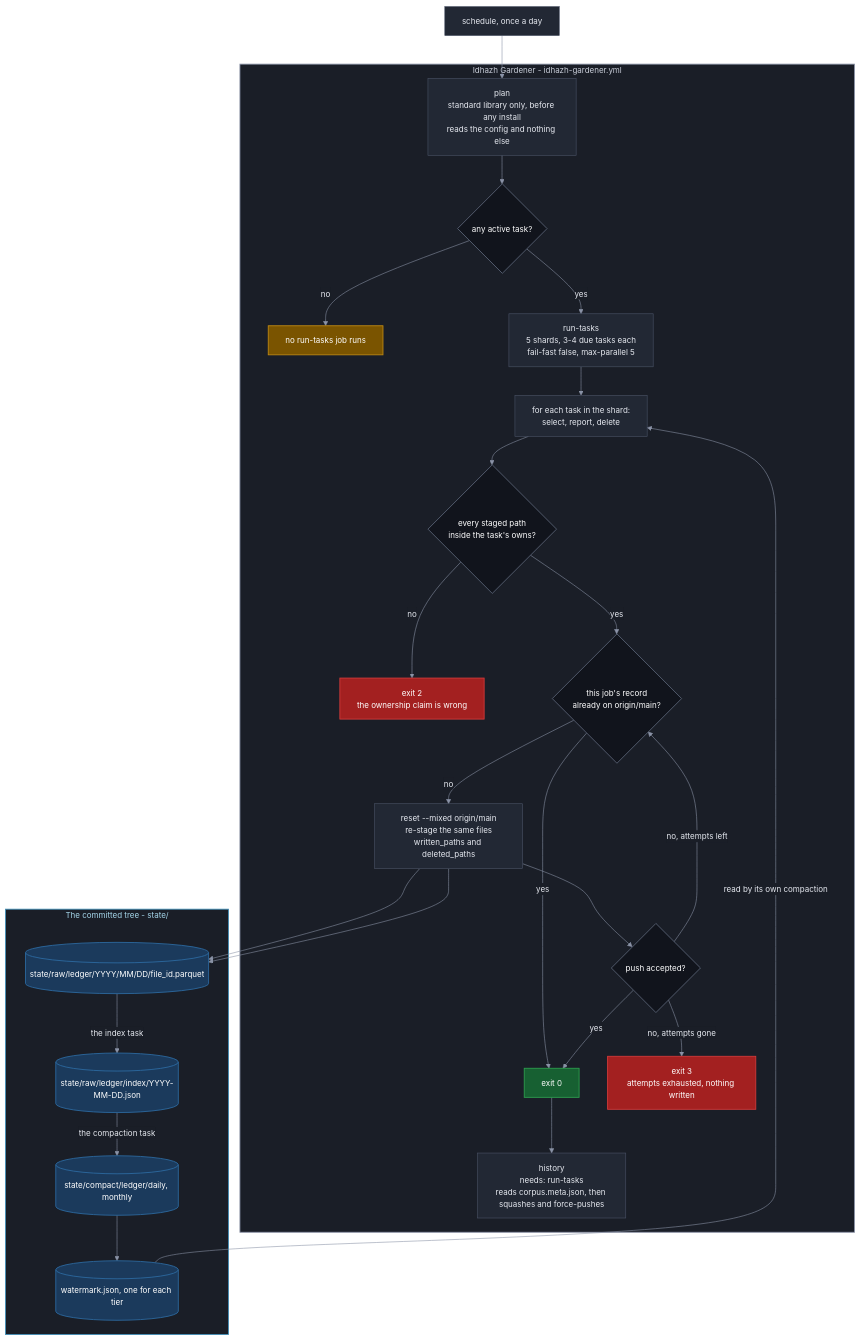
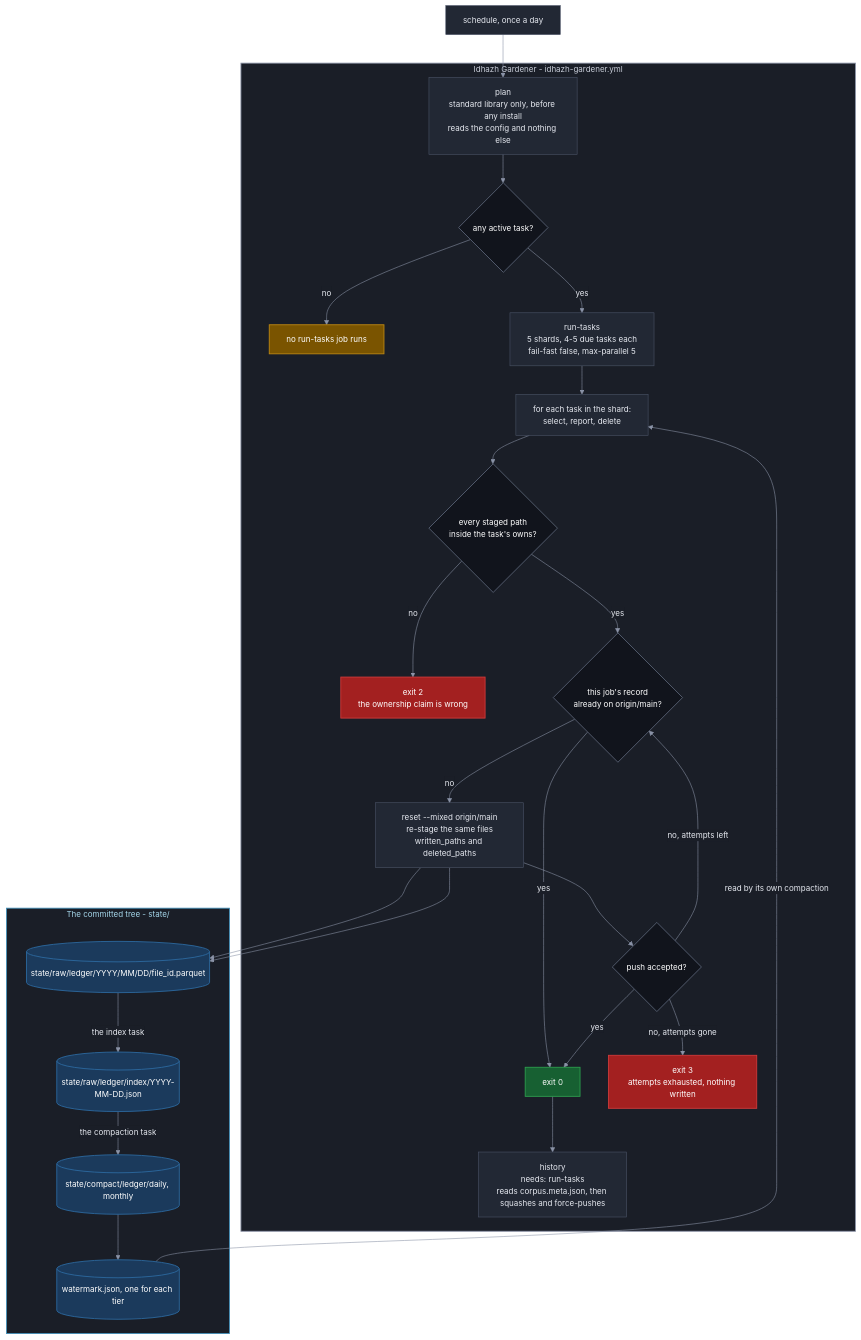
The first of 2 diagrams in TODO/20260924-50-idhazh-gardener-plan.md (miztiik/yen-idhazh), drawn with Mermaid before and after one commit. The commit also changed other lines of this file, not shown here.

````diff
--- a/TODO/20260924-50-idhazh-gardener-plan.md
+++ b/TODO/20260924-50-idhazh-gardener-plan.md
@@ -156,68 +170,68 @@
 ```mermaid
 %%{init: {"theme": "base", "themeVariables": {"background": "#0f1117", "primaryColor": "#222834", "primaryTextColor": "#e6e9f0", "primaryBorderColor": "#4b5468", "lineColor": "#8b93a7", "textColor": "#e6e9f0", "clusterBkg": "#1a1e27", "clusterBorder": "#3a4254", "titleColor": "#e6e9f0", "edgeLabelBackground": "#1a1e27", "fontSize": "14px"}}}%%
 flowchart TB
   CRON["schedule, once a day"]
 
   subgraph OPS["Idhazh Gardener - idhazh-gardener.yml"]
     PLAN["plan<br/>standard library only, before any install<br/>reads the config and nothing else"]
     ANY{"any active task?"}
     IDLE["no run-tasks job runs"]
-    TEND["run-tasks<br/>5 shards, 3-4 due tasks each<br/>fail-fast false, max-parallel 5"]
+    TEND["run-tasks<br/>5 shards, 4-5 due tasks each<br/>fail-fast false, max-parallel 5"]
     RUN["for each task in the shard:<br/>select, report, delete"]
     OWNED{"every staged path<br/>inside the task's owns?"}
     OUTSIDE["exit 2<br/>the ownership claim is wrong"]
     LANDED{"this job's record<br/>already on origin/main?"}
     REAPPLY["reset --mixed origin/main<br/>re-stage the same files<br/>written_paths and deleted_paths"]
     PUSHED{"push accepted?"}
     OK["exit 0"]
     LOST["exit 3<br/>attempts exhausted, nothing written"]
     HIST["history<br/>needs: run-tasks<br/>reads corpus.meta.json, then squashes and force-pushes"]
   end
 
   subgraph TREE["The committed tree - state/"]
     RAW[("state/raw/ledger/YYYY/MM/DD/file_id.parquet")]
     RIDX[("state/raw/ledger/index/YYYY-MM-DD.json")]
     COMPACT[("state/compact/ledger/daily, monthly")]
     WM[("watermark.json, one for each tier")]
   end
 
   CRON --> PLAN
   PLAN --> ANY
   ANY -->|"no"| IDLE
   ANY -->|"yes"| TEND
   TEND --> RUN
   RUN --> OWNED
   OWNED -->|"no"| OUTSIDE
   OWNED -->|"yes"| LANDED
   LANDED -->|"yes"| OK
   LANDED -->|"no"| REAPPLY
   REAPPLY --> RAW
   REAPPLY --> PUSHED
   PUSHED -->|"yes"| OK
   PUSHED -->|"no, attempts left"| LANDED
   PUSHED -->|"no, attempts gone"| LOST
   OK --> HIST
   WM -->|"read by its own compaction"| RUN
   REAPPLY --> RAW
   RAW -->|"the index task"| RIDX
   RIDX -->|"the compaction task"| COMPACT
   COMPACT --> WM
 
   classDef stage fill:#222834,stroke:#4b5468,stroke-width:1px,color:#e6e9f0;
   classDef decision fill:#11141c,stroke:#5b6477,stroke-width:1.5px,color:#ffffff;
   classDef yes fill:#176032,stroke:#2ea04f,stroke-width:1.5px,color:#ffffff;
   classDef no fill:#a32020,stroke:#d23b3b,stroke-width:1.5px,color:#ffffff;
   classDef warn fill:#7a5400,stroke:#c08a12,stroke-width:1.5px,color:#ffffff;
   classDef ledger fill:#1b3a5c,stroke:#2d6ca3,stroke-width:1.5px,color:#ffffff;
   classDef sysOps fill:#1a1e27,stroke:#8b93a7,stroke-width:1.5px,color:#c8cdd8;
   classDef sysPublish fill:#1a1e27,stroke:#3f8fb8,stroke-width:1.5px,color:#a5d6ea;
 
   class CRON,PLAN,TEND,RUN,REAPPLY,HIST stage;
   class ANY,OWNED,LANDED,PUSHED decision;
   class OK yes;
   class OUTSIDE,LOST no;
   class IDLE warn;
   class RAW,COMPACT,RIDX,WM ledger;
   class OPS sysOps;
   class TREE sysPublish;
 ```
````
